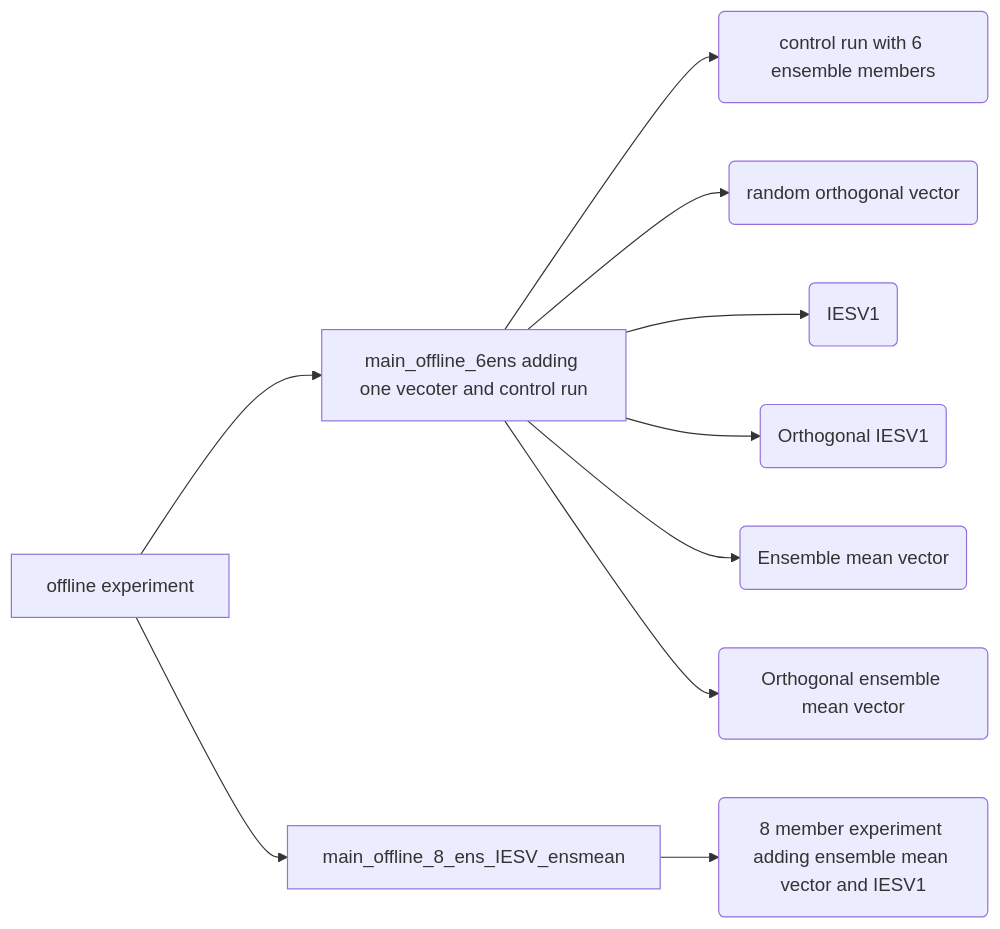
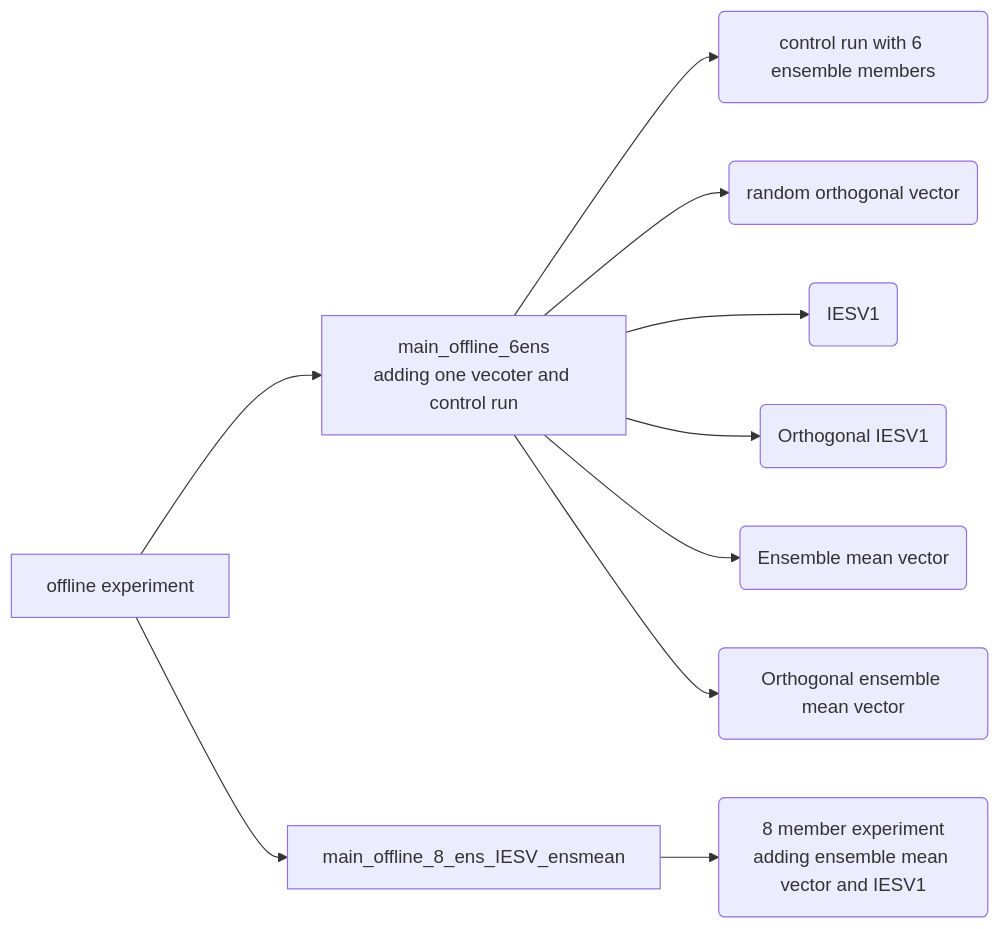
The first of 3 diagrams in readme.md (yungyun0721/orthogonal_vector_code), drawn with Mermaid before and after one commit. The commit also changed other lines of this file, not shown here.

````diff
--- a/readme.md
+++ b/readme.md
@@ -21,14 +21,14 @@
 ```mermaid
 graph LR;
 st[offline experiment]-->a1
-a1[main_offline_6ens adding one vecoter and control run]
+a1[main_offline_6ens<br>adding one vecoter and control run]
 a1-->b1(control run with 6 ensemble members)
 a1-->b2(random orthogonal vector)
 a1-->b3(IESV1)
 a1-->b4(Orthogonal IESV1)
 a1-->b5(Ensemble mean vector)
 a1-->b6(Orthogonal ensemble mean vector)
 st[offline experiment]-->a2
 a2[main_offline_8_ens_IESV_ensmean]
-a2-->c1(8 member experiment adding ensemble mean vector and IESV1)
+a2-->c1(8 member experiment<br>adding ensemble mean vector and IESV1)
 ```
````
